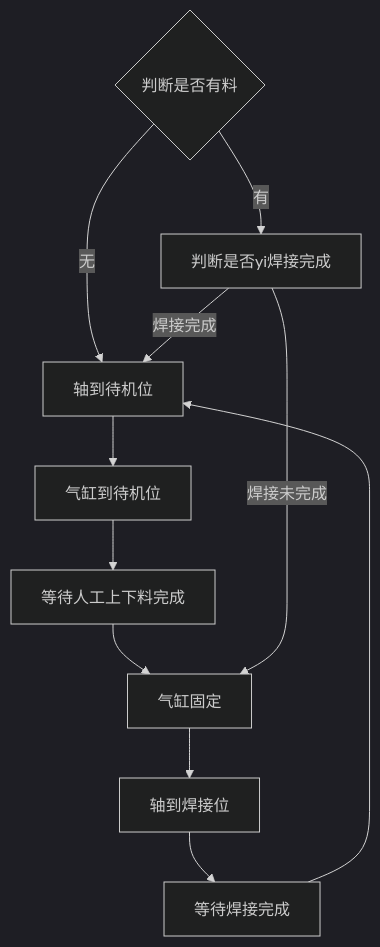
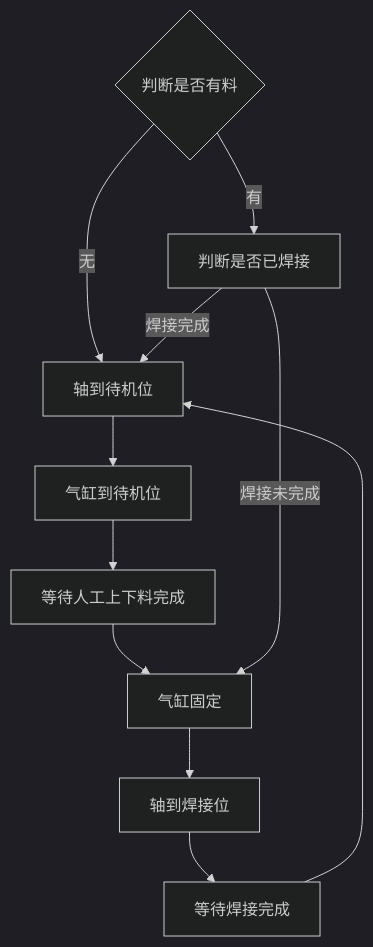
The diagram in all/OP10 上料工位自动流程.md (PengKun1/iodraw-files), drawn with Mermaid (dark theme) before and after one commit.

Commit message:
2024-08-02 11:05:27 update

````diff
--- a/all/OP10 上料工位自动流程.md
+++ b/all/OP10 上料工位自动流程.md
@@ -1,14 +1,14 @@
 ```mermaid
 graph TD
 10{判断是否有料}-->|无|20
 10-->|有|900
 20[轴到待机位]-->30
 30[气缸到待机位]-->40
 40[等待人工上下料完成]-->50
 50[气缸固定]-->60
 60[轴到焊接位]-->70
 70[等待焊接完成]-->20
 
-900[判断是否yi焊接完成]-->| 焊接完成|20
+900[判断是否已焊接]-->| 焊接完成|20
 900-->|焊接未完成|50
 ```
````
